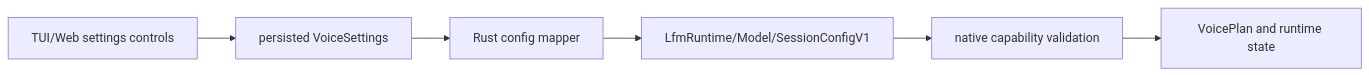
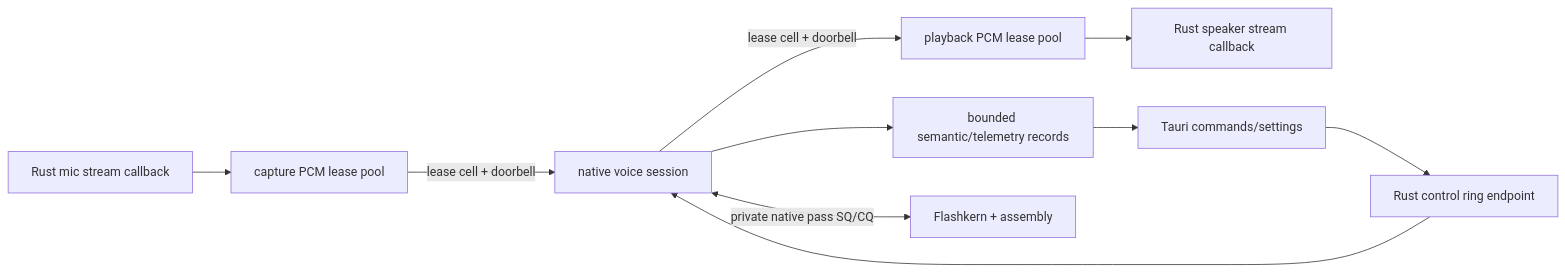
Before and after one commit to SolaceHarmony/emberharmony: the diagram in specs/11-kcoro-native-migration/10-rust-host-seam-and-removal.md, drawn with Mermaid. The commit also changed other lines of this file and 36 other files, not shown here.

````diff
--- a/specs/11-kcoro-native-migration/10-rust-host-seam-and-removal.md
+++ b/specs/11-kcoro-native-migration/10-rust-host-seam-and-removal.md
@@ -242,8 +33,14 @@
 ```mermaid
 flowchart LR
-    UI["TUI/Web settings controls"] --> STORE["persisted VoiceSettings"]
-    STORE --> MAP["Rust config mapper"]
-    MAP --> ABI["LfmRuntime/Model/SessionConfigV1"]
-    ABI --> NATIVE["native capability validation"]
-    NATIVE --> STATUS["VoicePlan and runtime state"]
+    MIC["Rust mic stream callback"] --> CAP["capture PCM lease pool"]
+    CAP -->|"lease cell + doorbell"| NATIVE["native voice session"]
+    NATIVE -->|"lease cell + doorbell"| PLAY["playback PCM lease pool"]
+    PLAY --> SPK["Rust speaker stream callback"]
+
+    TAURI["Tauri commands/settings"] --> CTRL["Rust control ring endpoint"]
+    CTRL --> NATIVE
+    NATIVE --> OBS["bounded semantic/telemetry records"]
+    OBS --> TAURI
+
+    NATIVE <-->|"private native pass SQ/CQ"| KERNEL["Flashkern + assembly"]
 ```
````
